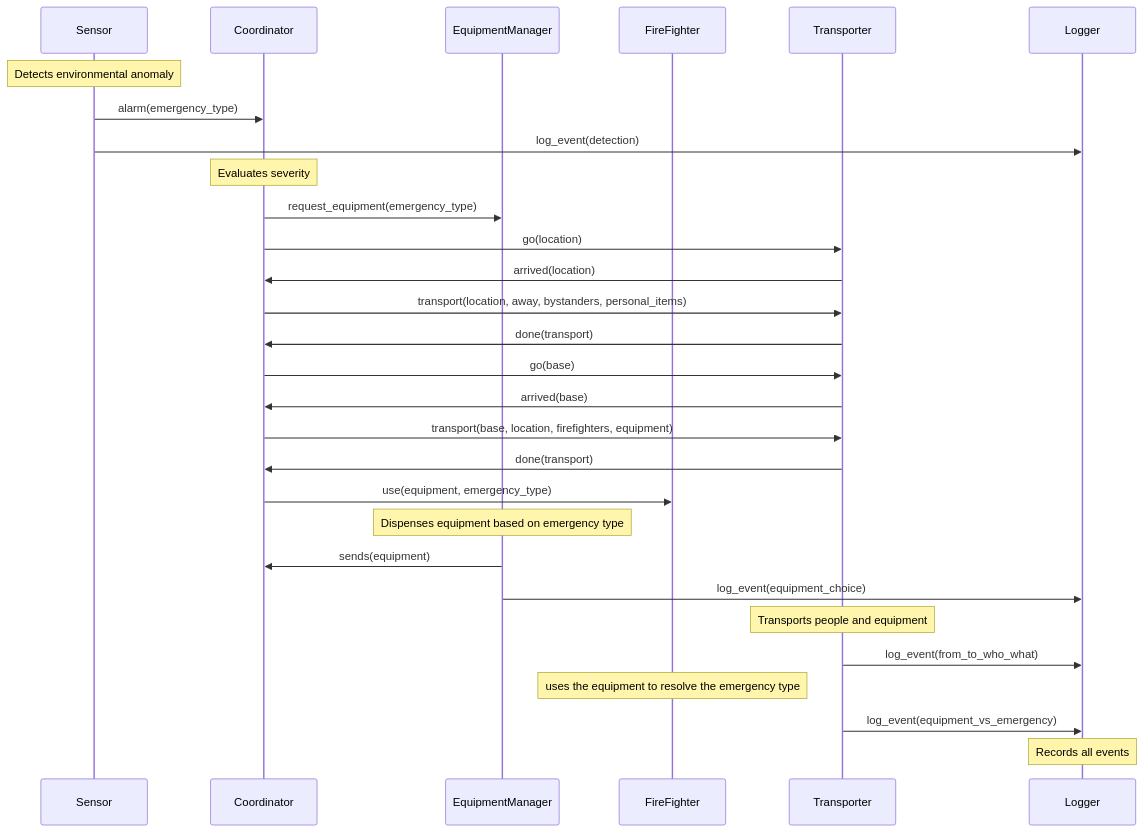
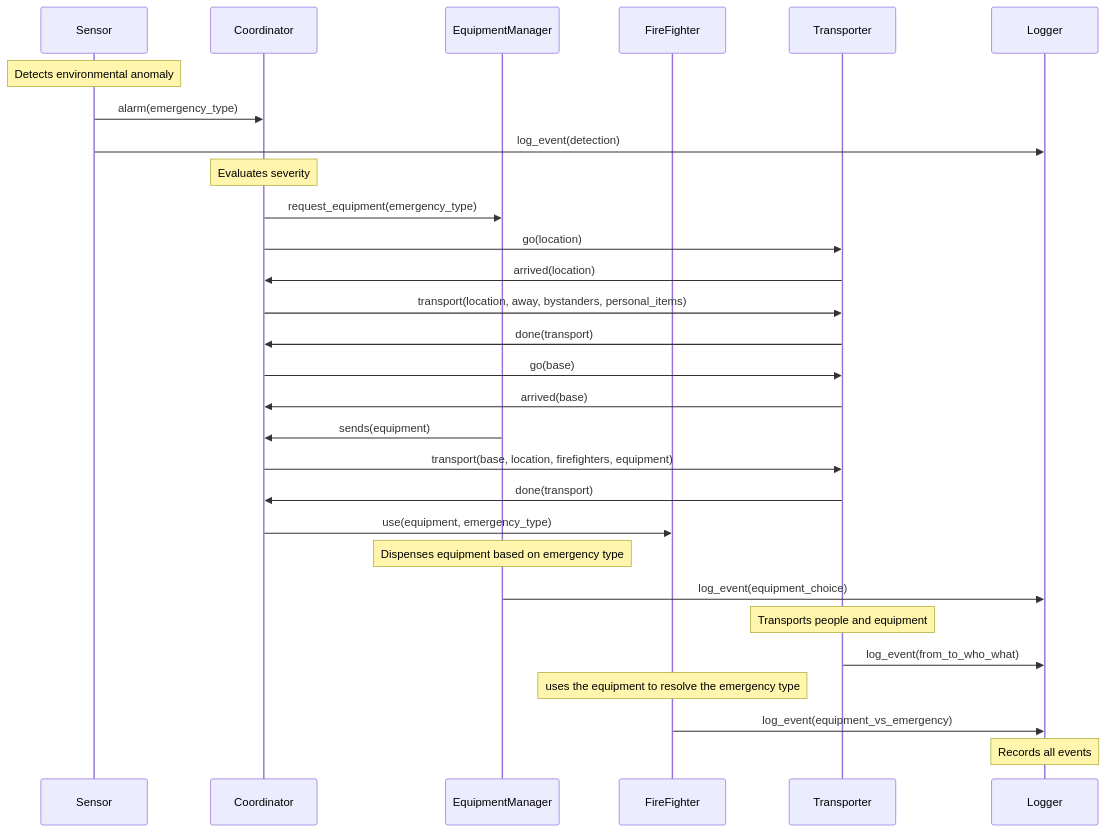
The diagram in docs/diagram.md (lollix91/dalia), drawn with Mermaid before and after one commit.

Commit message:
fixing some issues

````diff
--- a/docs/diagram.md
+++ b/docs/diagram.md
@@ -1,37 +1,37 @@
 ```mermaid
 sequenceDiagram
     participant S as Sensor
     participant C as Coordinator
     participant E as EquipmentManager
     participant F as FireFighter
     participant T as Transporter
     participant L as Logger
 
     Note over S: Detects environmental anomaly
     S->>C: alarm(emergency_type)
     S->>L: log_event(detection)
     
     Note over C: Evaluates severity
     C->>E: request_equipment(emergency_type)
     C->>T: go(location)
     T->>C: arrived(location)
     C->>T: transport(location, away, bystanders, personal_items)
     T->>C: done(transport)
     C->>T: go(base)
     T->>C: arrived(base)
+    E->>C: sends(equipment)
     C->>T: transport(base, location, firefighters, equipment)
     T->>C: done(transport)
     C->>F: use(equipment, emergency_type)
     
     Note over E: Dispenses equipment based on emergency type
-    E->>C: sends(equipment)
     E->>L: log_event(equipment_choice)
     
     Note over T: Transports people and equipment
     T->>L: log_event(from_to_who_what)
     
     Note over F: uses the equipment to resolve the emergency type
-    T->>L: log_event(equipment_vs_emergency)
+    F->>L: log_event(equipment_vs_emergency)
     
     Note over L: Records all events
 ``` 
````
